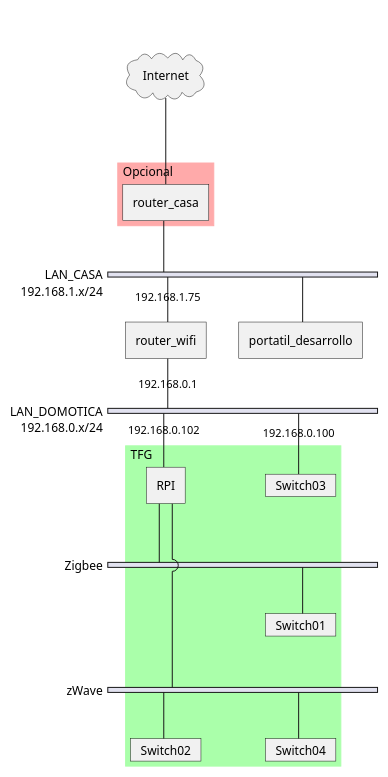
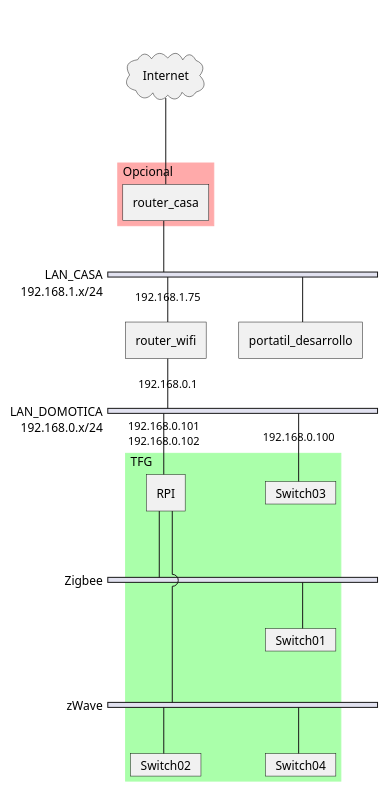
Before and after one commit to gavioto/tfg-images: the diagram in 5-anexos/diagrama-de-red.puml, drawn with PlantUML.

Commit message:
Añadida IP WLAN rpi

```diff
--- a/5-anexos/diagrama-de-red.puml
+++ b/5-anexos/diagrama-de-red.puml
@@ -1,49 +1,49 @@
 @startuml
 nwdiag {
   internet [shape = cloud, description = "Internet", width=150, height=75]; 
   internet -- router_casa;
 
   // define group outside of network definitions
   group {
     color = "#AAFFAA";
     description = "TFG"
 
     RPI;
     Switch01;
     Switch02;
     Switch03;
     Switch04;
   }
 
   group {
     color = "#FFAAAA"
     description = "Opcional"
 
     router_casa;
   }
 
   network LAN_CASA {
       address = "192.168.1.x/24"
 
       router_casa;
       router_wifi [address = "192.168.1.75"];
       portatil_desarrollo;
   }
   network LAN_DOMOTICA {
       address = "192.168.0.x/24"
 
-      RPI [address = "192.168.0.102"];
+      RPI [address = "192.168.0.101, 192.168.0.102"];
       Switch03 [address = "192.168.0.100", shape = "card"];
       router_wifi [address = "192.168.0.1"]
   }
   network Zigbee {
     RPI;
     Switch01 [shape = "card"];
   }
   network zWave {
     RPI;
     Switch02 [shape = "card"];
     Switch04 [shape = "card"];
   }
 }
 @enduml
```
